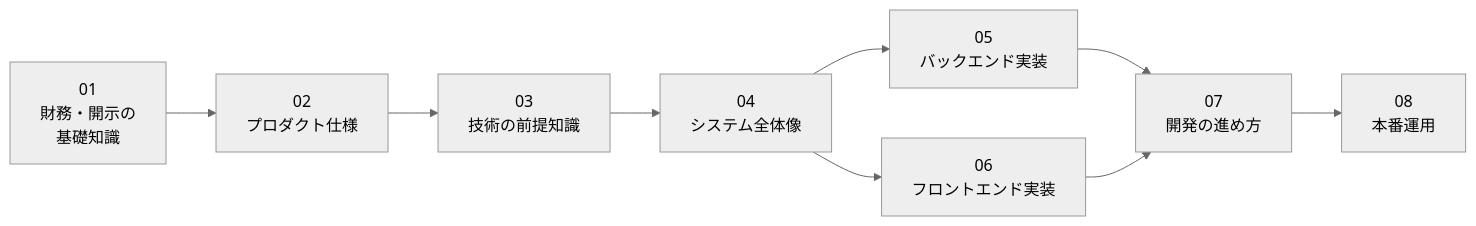
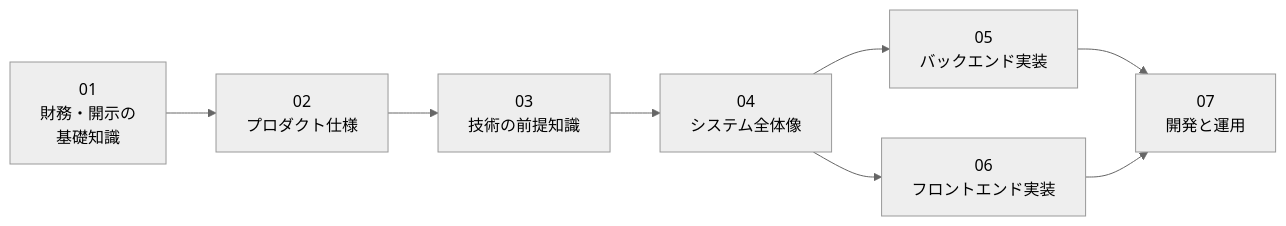
One commit to shin4488/financial-statement changed the diagram in docs/guide/README.md. Above: the diagram before and after it, drawn with Mermaid (neutral theme). The commit also changed other lines of this file and 18 other files, not shown here.

````diff
--- a/docs/guide/README.md
+++ b/docs/guide/README.md
@@ -17,11 +17,10 @@
 ```mermaid
 flowchart LR
     A["01<br>財務・開示の<br>基礎知識"] --> B["02<br>プロダクト仕様"]
     B --> C["03<br>技術の前提知識"]
     C --> D["04<br>システム全体像"]
     D --> E["05<br>バックエンド実装"]
     D --> F["06<br>フロントエンド実装"]
-    E --> G["07<br>開発の進め方"]
+    E --> G["07<br>開発と運用"]
     F --> G
-    G --> H["08<br>本番運用"]
 ```
````
